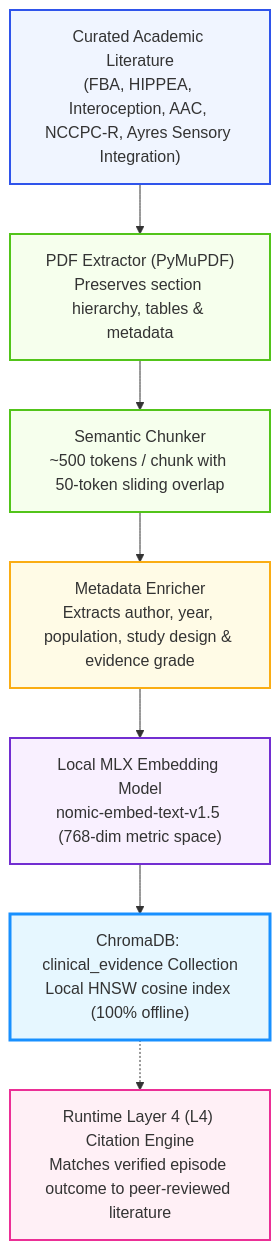
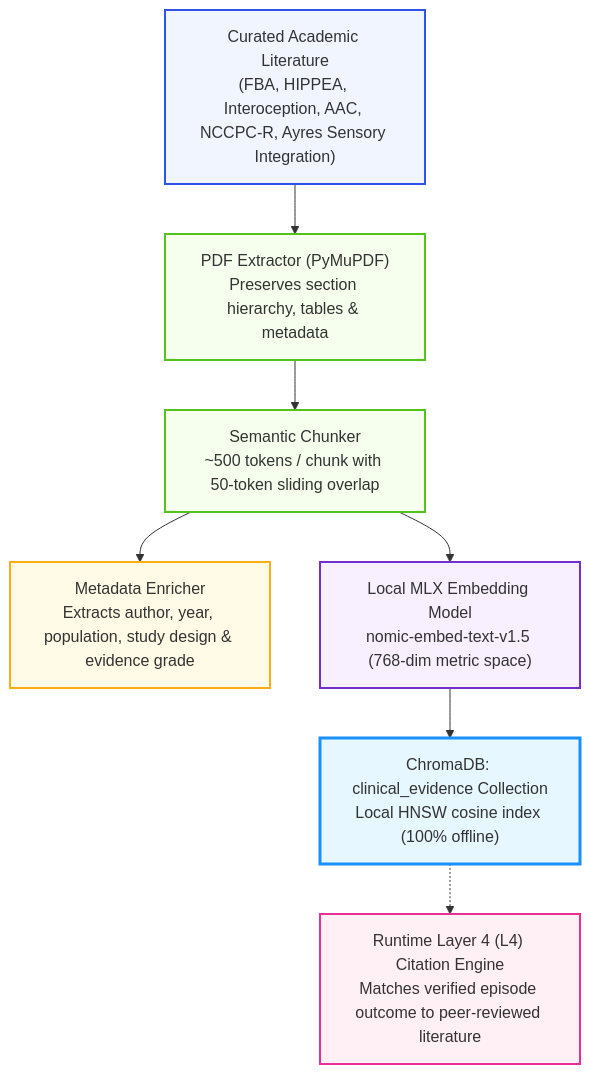
Before and after one commit to olostan/project_n: the eighth of 8 diagrams in docs/DESIGN.md, drawn with Mermaid. The commit also changed other lines of this file and 8 other files, not shown here.

Commit message:
fix(specs,design,eval): resolve review findings, data schemas, clinical grounding, and evaluation gates

````diff
--- a/docs/DESIGN.md
+++ b/docs/DESIGN.md
@@ -308,17 +315,17 @@
 ```mermaid
 graph TD
     Lit["Curated Academic Literature<br/>(FBA, HIPPEA, Interoception, AAC, NCCPC-R, Ayres Sensory Integration)"] --> PDF["PDF Extractor (PyMuPDF)<br/>Preserves section hierarchy, tables & metadata"]
     PDF --> Chunk["Semantic Chunker<br/>~500 tokens / chunk with 50-token sliding overlap"]
     Chunk --> Meta["Metadata Enricher<br/>Extracts author, year, population, study design & evidence grade"]
-    Meta --> Embed["Local MLX Embedding Model<br/>nomic-embed-text-v1.5 (768-dim metric space)"]
+    Chunk --> Embed["Local MLX Embedding Model<br/>nomic-embed-text-v1.5 (768-dim metric space)"]
     Embed --> Chroma["ChromaDB: clinical_evidence Collection<br/>Local HNSW cosine index (100% offline)"]
     Chroma -.-> Retrieval["Runtime Layer 4 (L4) Citation Engine<br/>Matches verified episode outcome to peer-reviewed literature"]
 
     style Lit fill:#f0f5ff,stroke:#2f54eb,stroke-width:2px
     style PDF fill:#f6ffed,stroke:#52c41a,stroke-width:2px
     style Chunk fill:#f6ffed,stroke:#52c41a,stroke-width:2px
     style Meta fill:#fffbe6,stroke:#faad14,stroke-width:2px
     style Embed fill:#f9f0ff,stroke:#722ed1,stroke-width:2px
     style Chroma fill:#e6f7ff,stroke:#1890ff,stroke-width:3px
     style Retrieval fill:#fff0f6,stroke:#eb2f96,stroke-width:2px
 ```
````
